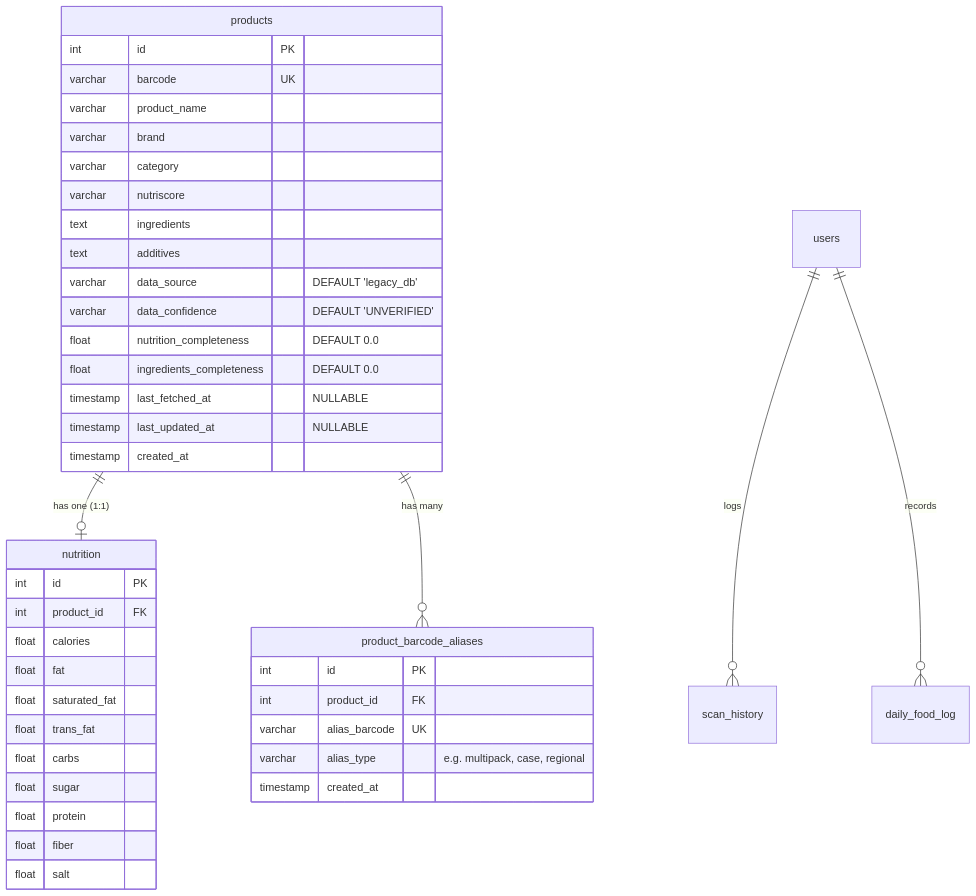
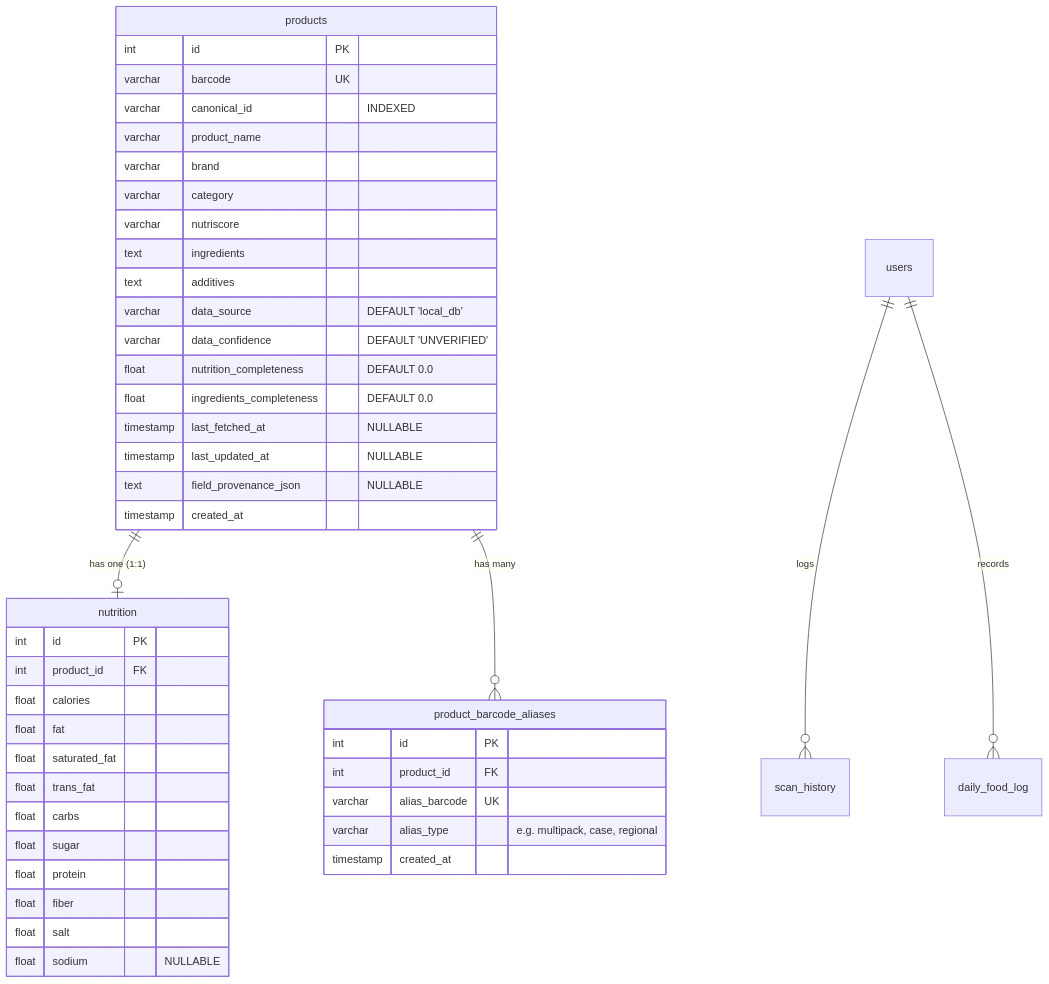
Before and after one commit to Sandesh5550/ml-scanner-project: the third of 3 diagrams in docs/architecture-proposal-openfoodfacts-integration.md, drawn with Mermaid. The commit also changed other lines of this file and 9 other files, not shown here.

Commit message:
feat(architecture): integrate canonical product schema with database

````diff
--- a/docs/architecture-proposal-openfoodfacts-integration.md
+++ b/docs/architecture-proposal-openfoodfacts-integration.md
@@ -314,47 +314,50 @@
 ```mermaid
 erDiagram
     products ||--o| nutrition : "has one (1:1)"
     products ||--o{ product_barcode_aliases : "has many"
     users ||--o{ scan_history : "logs"
     users ||--o{ daily_food_log : "records"
 
     products {
         int id PK
         varchar barcode UK
+        varchar canonical_id "INDEXED"
         varchar product_name
         varchar brand
         varchar category
         varchar nutriscore
         text ingredients
         text additives
-        varchar data_source "DEFAULT 'legacy_db'"
+        varchar data_source "DEFAULT 'local_db'"
         varchar data_confidence "DEFAULT 'UNVERIFIED'"
         float nutrition_completeness "DEFAULT 0.0"
         float ingredients_completeness "DEFAULT 0.0"
         timestamp last_fetched_at "NULLABLE"
         timestamp last_updated_at "NULLABLE"
+        text field_provenance_json "NULLABLE"
         timestamp created_at
     }
 
     nutrition {
         int id PK
         int product_id FK
         float calories
         float fat
         float saturated_fat
         float trans_fat
         float carbs
         float sugar
         float protein
         float fiber
         float salt
+        float sodium "NULLABLE"
     }
 
     product_barcode_aliases {
         int id PK
         int product_id FK
         varchar alias_barcode UK
         varchar alias_type "e.g. multipack, case, regional"
         timestamp created_at
     }
 ```
````
